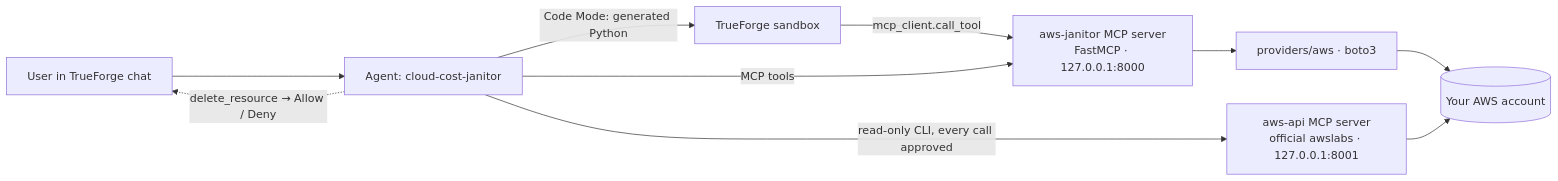
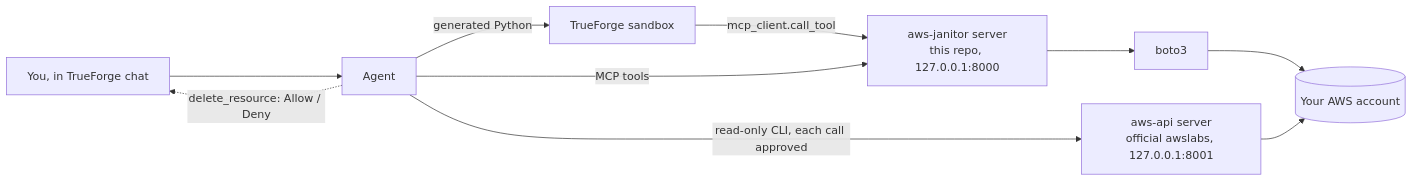
The diagram in README.md (ayush22667/cloud-cost-janitor), drawn with Mermaid before and after one commit. The commit also changed other lines of this file, not shown here.

````diff
--- a/README.md
+++ b/README.md
@@ -34,12 +36,12 @@
 ```mermaid
 flowchart LR
-  U[User in TrueForge chat] --> A[Agent: cloud-cost-janitor]
-  A -->|Code Mode: generated Python| S[TrueForge sandbox]
+  U[You, in TrueForge chat] --> A[Agent]
+  A -->|generated Python| S[TrueForge sandbox]
   S -->|mcp_client.call_tool| J
-  A -->|MCP tools| J[aws-janitor MCP server<br/>FastMCP · 127.0.0.1:8000]
-  A -->|read-only CLI, every call approved| O[aws-api MCP server<br/>official awslabs · 127.0.0.1:8001]
-  J --> P[providers/aws · boto3]
+  A -->|MCP tools| J[aws-janitor server<br/>this repo, 127.0.0.1:8000]
+  A -->|read-only CLI, each call approved| O[aws-api server<br/>official awslabs, 127.0.0.1:8001]
+  J --> P[boto3]
   P --> AWS[(Your AWS account)]
   O --> AWS
-  A -. delete_resource → Allow / Deny .-> U
+  A -. delete_resource: Allow / Deny .-> U
 ```
````
